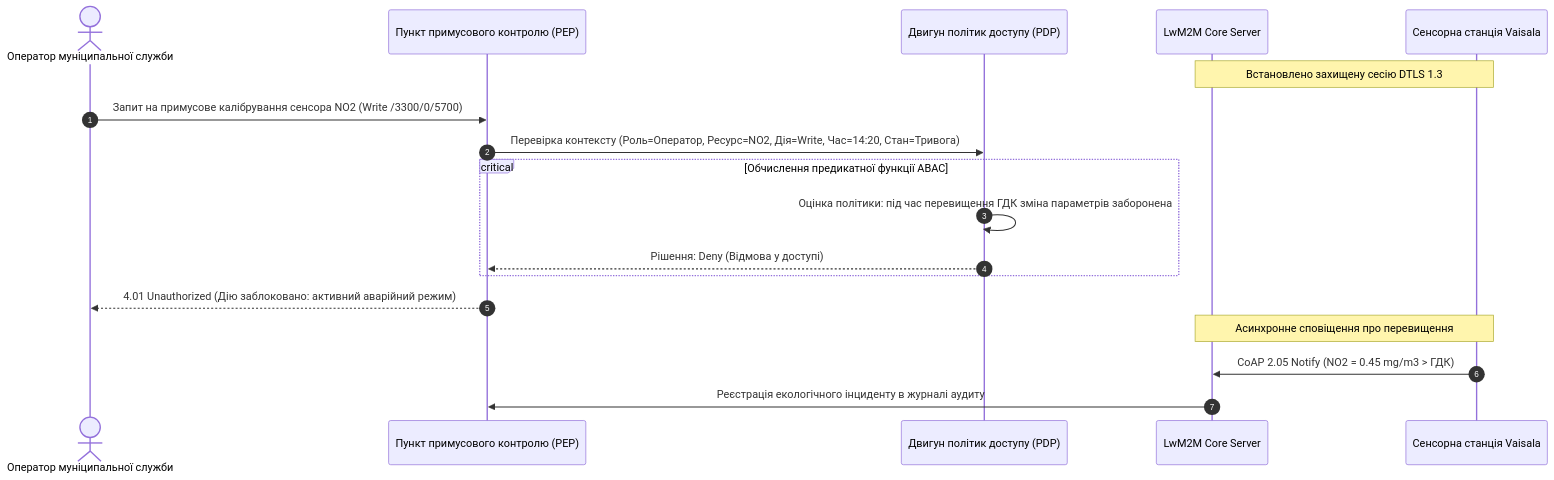
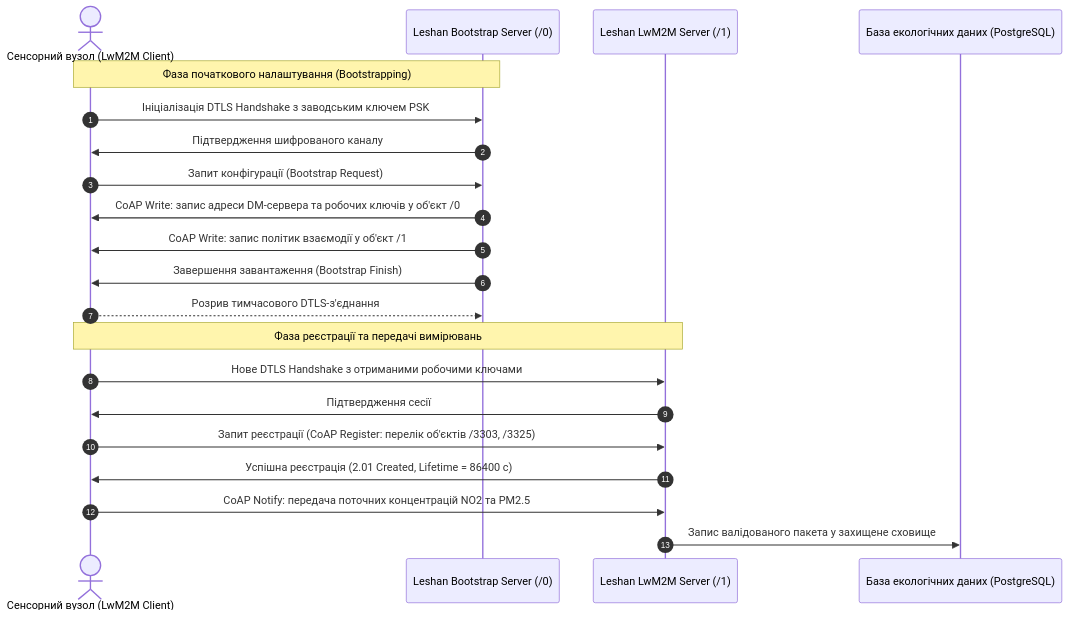
Before and after one commit to KyryloVadurin/eco-systems-analytics: the third of 4 diagrams in docs/lk/lk2.md, drawn with Mermaid. The commit also changed other lines of this file and 9 other files, not shown here.

````diff
--- a/docs/lk/lk2.md
+++ b/docs/lk/lk2.md
@@ -254,24 +240,25 @@
 ```mermaid
 sequenceDiagram
     autonumber
-    actor Operator as Оператор муніципальної служби
-    participant PEP as Пункт примусового контролю (PEP)
-    participant PDP as Двигун політик доступу (PDP)
-    participant CoreServer as LwM2M Core Server
-    participant SensorNode as Сенсорна станція Vaisala
+    actor Sensor as Сенсорний вузол (LwM2M Client)
+    participant BServer as Leshan Bootstrap Server (/0)
+    participant DMServer as Leshan LwM2M Server (/1)
+    participant DB as База екологічних даних (PostgreSQL)
 
-    Note over SensorNode,CoreServer: Встановлено захищену сесію DTLS 1.3
-    Operator->>PEP: Запит на примусове калібрування сенсора NO2 (Write /3300/0/5700)
-    PEP->>PDP: Перевірка контексту (Роль=Оператор, Ресурс=NO2, Дія=Write, Час=14:20, Стан=Тривога)
-    
-    critical Обчислення предикатної функції ABAC
-        PDP->>PDP: Оцінка політики: під час перевищення ГДК зміна параметрів заборонена
-        PDP-->>PEP: Рішення: Deny (Відмова у доступі)
-    end
+    Note over Sensor,BServer: Фаза початкового налаштування (Bootstrapping)
+    Sensor->>BServer: Ініціалізація DTLS Handshake з заводським ключем PSK
+    BServer->>Sensor: Підтвердження шифрованого каналу
+    Sensor->>BServer: Запит конфігурації (Bootstrap Request)
+    BServer->>Sensor: CoAP Write: запис адреси DM-сервера та робочих ключів у об'єкт /0
+    BServer->>Sensor: CoAP Write: запис політик взаємодії у об'єкт /1
+    BServer->>Sensor: Завершення завантаження (Bootstrap Finish)
+    Sensor-->>BServer: Розрив тимчасового DTLS-з'єднання
 
-    PEP-->>Operator: 4.01 Unauthorized (Дію заблоковано: активний аварійний режим)
-    
-    Note over SensorNode,CoreServer: Асинхронне сповіщення про перевищення
-    SensorNode->>CoreServer: CoAP 2.05 Notify (NO2 = 0.45 mg/m3 > ГДК)
-    CoreServer->>PEP: Реєстрація екологічного інциденту в журналі аудиту
+    Note over Sensor,DMServer: Фаза реєстрації та передачі вимірювань
+    Sensor->>DMServer: Нове DTLS Handshake з отриманими робочими ключами
+    DMServer->>Sensor: Підтвердження сесії
+    Sensor->>DMServer: Запит реєстрації (CoAP Register: перелік об'єктів /3303, /3325)
+    DMServer->>Sensor: Успішна реєстрація (2.01 Created, Lifetime = 86400 с)
+    Sensor->>DMServer: CoAP Notify: передача поточних концентрацій NO2 та PM2.5
+    DMServer->>DB: Запис валідованого пакета у захищене сховище
 ```
````
